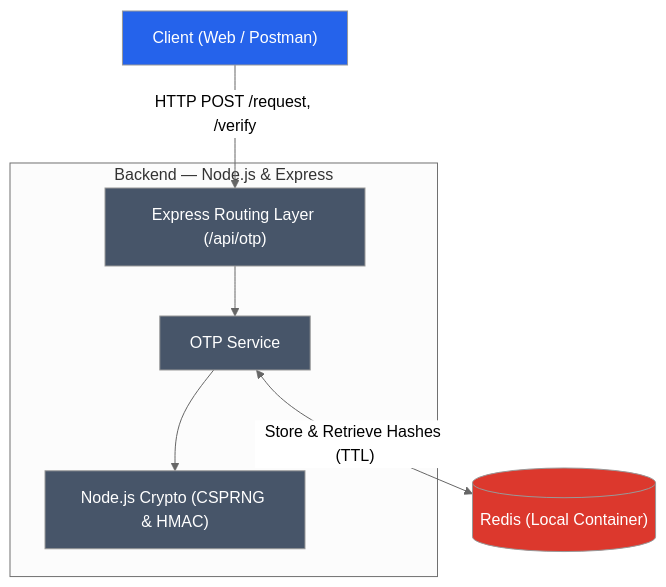
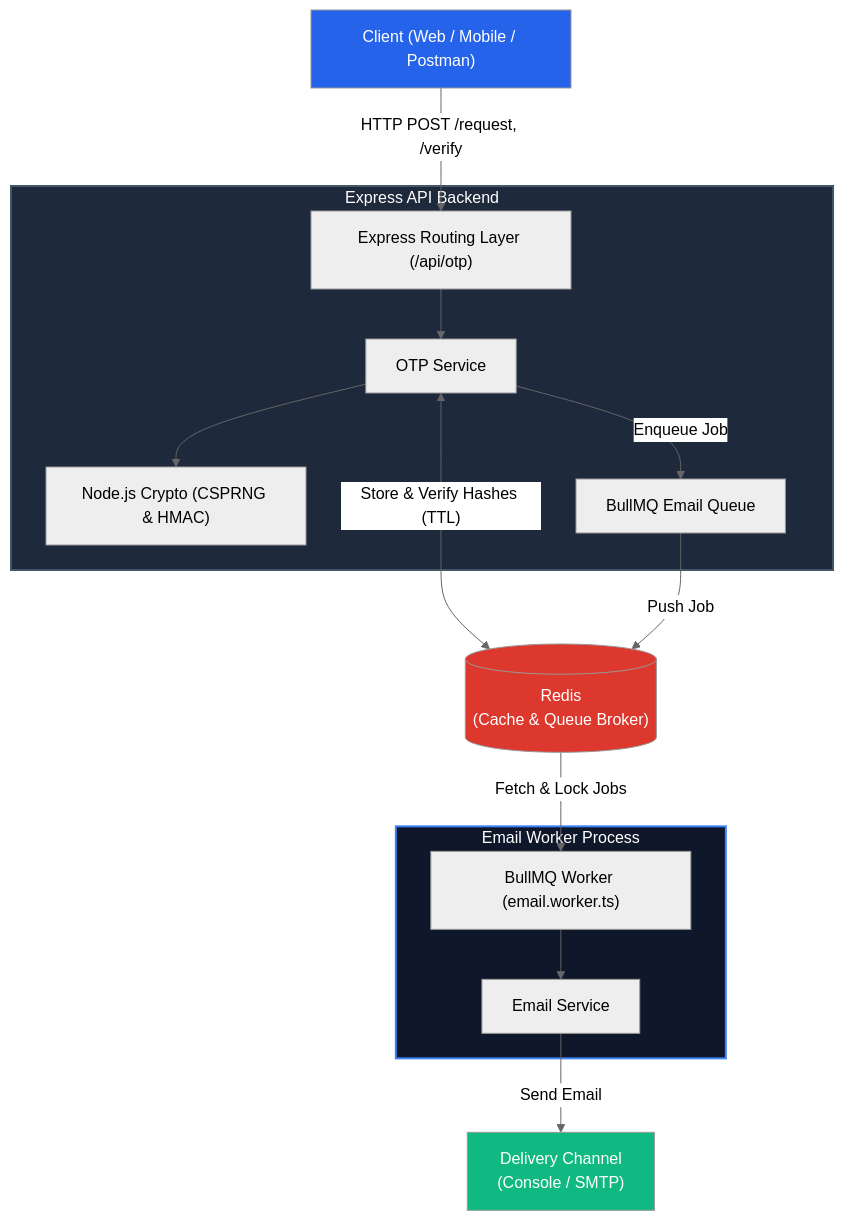
Before and after one commit to RaghavGupta-01/sogs: the diagram in docs/system-architecture.md, drawn with Mermaid (neutral theme). The commit also changed other lines of this file, not shown here.

````diff
--- a/docs/system-architecture.md
+++ b/docs/system-architecture.md
@@ -11,24 +11,38 @@
 ```mermaid
 flowchart TB
-    Client["Client (Web / Postman)"]
+    Client["Client (Web / Mobile / Postman)"]
 
-    subgraph Backend["Backend — Node.js & Express"]
+    subgraph Backend["Express API Backend"]
         API["Express Routing Layer (/api/otp)"]
         OTP["OTP Service"]
         Crypto["Node.js Crypto (CSPRNG & HMAC)"]
-        
+        QueueProducer["BullMQ Email Queue"]
+
         API --> OTP
         OTP --> Crypto
+        OTP -->|"Enqueue Job"| QueueProducer
     end
 
-    Redis[("Redis (Local Container)")]
+    Redis[("Redis<br/>(Cache & Queue Broker)")]
+
+    subgraph WorkerProcess["Email Worker Process"]
+        Worker["BullMQ Worker (email.worker.ts)"]
+        EmailService["Email Service"]
+
+        Worker --> EmailService
+    end
+
+    Dest["Delivery Channel<br/>(Console / SMTP)"]
 
     Client -->|"HTTP POST /request, /verify"| API
-    OTP <-->|"Store & Retrieve Hashes (TTL)"| Redis
+    OTP <-->|"Store & Verify Hashes (TTL)"| Redis
+    QueueProducer -->|"Push Job"| Redis
+    Redis -->|"Fetch & Lock Jobs"| Worker
+    EmailService -->|"Send Email"| Dest
 
     style Client fill:#2563eb,color:#fff
-    style API fill:#475569,color:#fff
-    style OTP fill:#475569,color:#fff
-    style Crypto fill:#475569,color:#fff
+    style Backend fill:#1e293b,stroke:#475569,stroke-width:2px,color:#fff
+    style WorkerProcess fill:#0f172a,stroke:#3b82f6,stroke-width:2px,color:#fff
     style Redis fill:#dc382d,color:#fff
+    style Dest fill:#10b981,color:#fff
 ```
````
